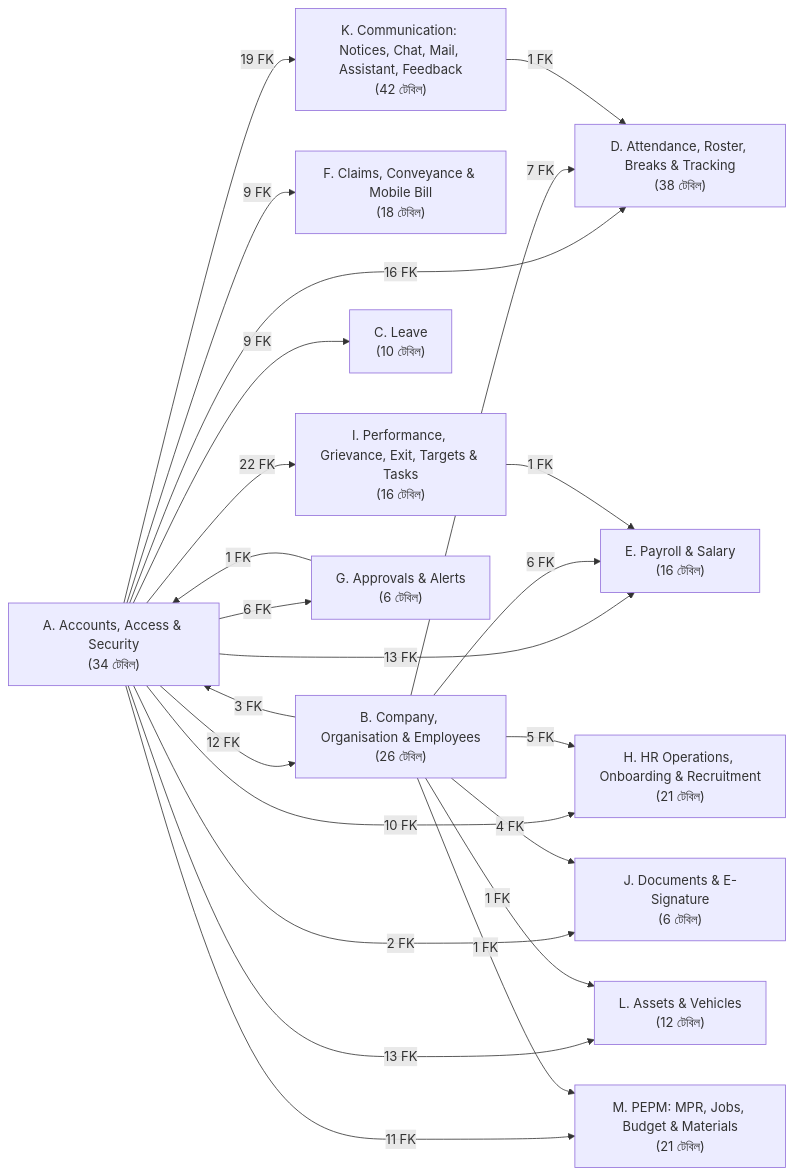
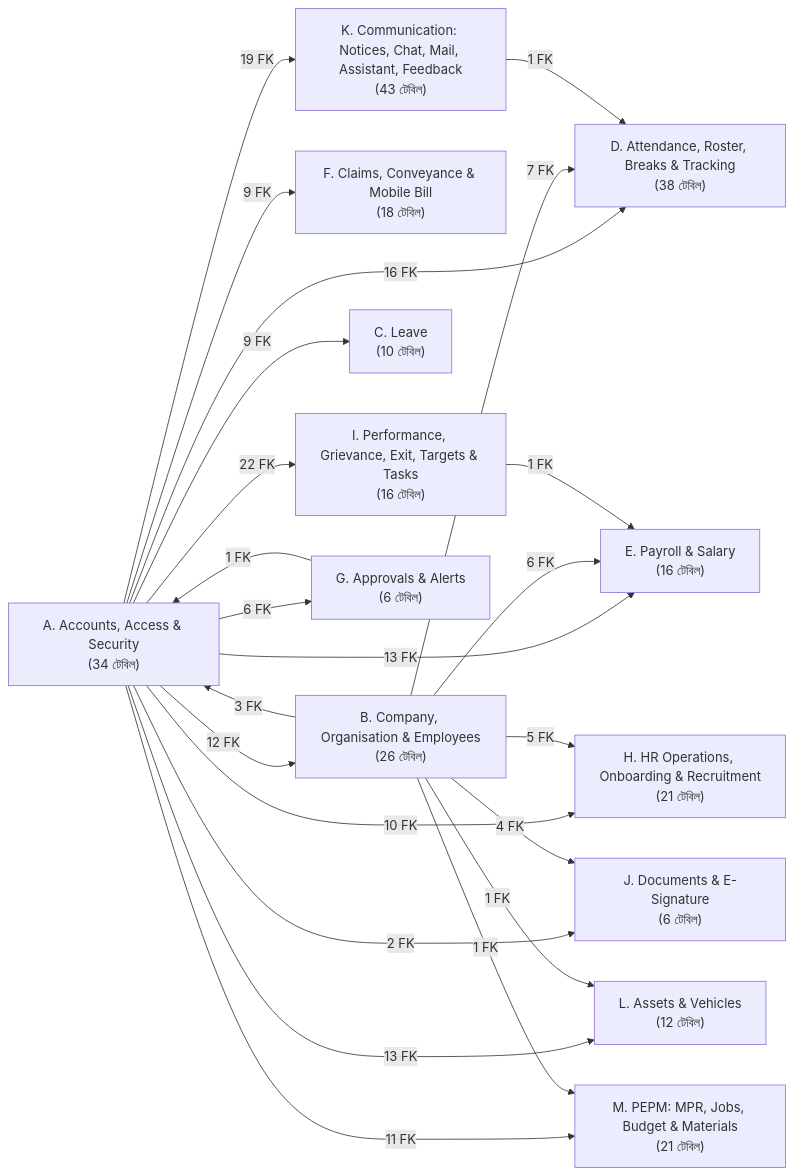
Before and after one commit to ruhulamencredence/CredenceHR: the diagram in docs/architecture/database/diagrams/00-module-map.mmd, drawn with Mermaid. The commit also changed 33 other files, not shown here.

```diff
--- a/docs/architecture/database/diagrams/00-module-map.mmd
+++ b/docs/architecture/database/diagrams/00-module-map.mmd
@@ -1,36 +1,36 @@
 flowchart LR
-  K["K. Communication: Notices, Chat, Mail, Assistant, Feedback<br/>(42 টেবিল)"]
+  K["K. Communication: Notices, Chat, Mail, Assistant, Feedback<br/>(43 টেবিল)"]
   H["H. HR Operations, Onboarding & Recruitment<br/>(21 টেবিল)"]
   D["D. Attendance, Roster, Breaks & Tracking<br/>(38 টেবিল)"]
   A["A. Accounts, Access & Security<br/>(34 টেবিল)"]
   M["M. PEPM: MPR, Jobs, Budget & Materials<br/>(21 টেবিল)"]
   F["F. Claims, Conveyance & Mobile Bill<br/>(18 টেবিল)"]
   B["B. Company, Organisation & Employees<br/>(26 টেবিল)"]
   C["C. Leave<br/>(10 টেবিল)"]
   L["L. Assets & Vehicles<br/>(12 টেবিল)"]
   J["J. Documents & E-Signature<br/>(6 টেবিল)"]
   E["E. Payroll & Salary<br/>(16 টেবিল)"]
   I["I. Performance, Grievance, Exit, Targets & Tasks<br/>(16 টেবিল)"]
   G["G. Approvals & Alerts<br/>(6 টেবিল)"]
   A -->|12 FK| B
   A -->|9 FK| C
   A -->|16 FK| D
   A -->|13 FK| E
   A -->|9 FK| F
   A -->|6 FK| G
   A -->|10 FK| H
   A -->|22 FK| I
   A -->|2 FK| J
   A -->|19 FK| K
   A -->|13 FK| L
   A -->|11 FK| M
   B -->|3 FK| A
   B -->|7 FK| D
   B -->|6 FK| E
   B -->|5 FK| H
   B -->|4 FK| J
   B -->|1 FK| L
   B -->|1 FK| M
   G -->|1 FK| A
   I -->|1 FK| E
   K -->|1 FK| D
```
